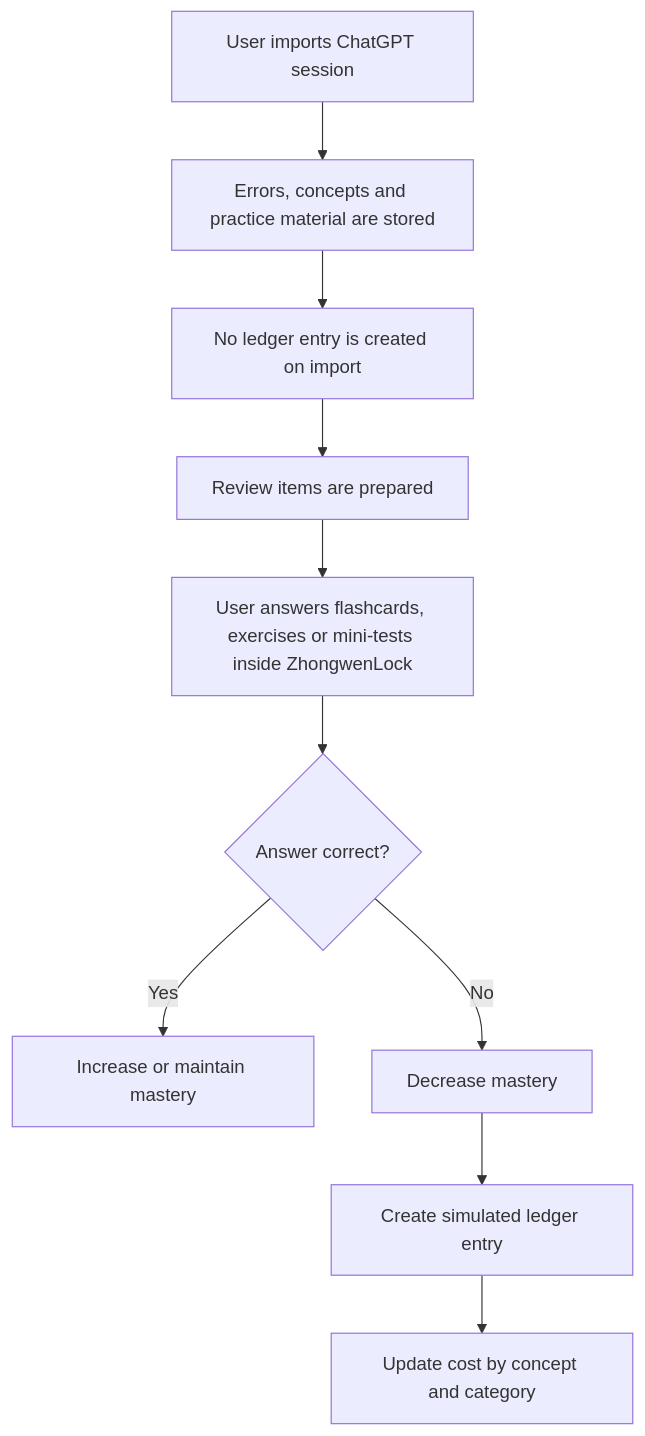
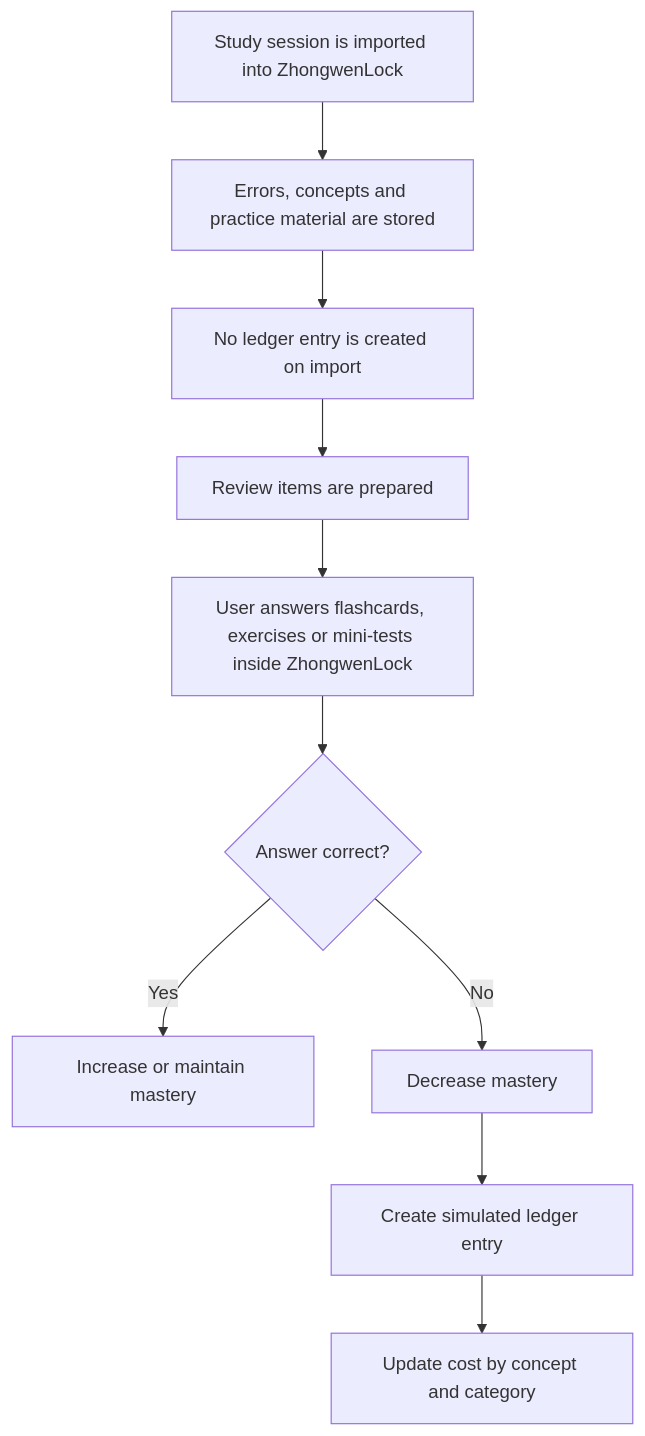
The eighth of 8 diagrams in docs/DIAGRAMS.md (JuanRoBe3/zhongwenlock), drawn with Mermaid before and after one commit. The commit also changed other lines of this file, not shown here.

Commit message:
docs(architecture): separate validation path from target mvp

````diff
--- a/docs/DIAGRAMS.md
+++ b/docs/DIAGRAMS.md
@@ -243,12 +313,12 @@
 ```mermaid
 flowchart TD
-    A[User imports ChatGPT session] --> B[Errors, concepts and practice material are stored]
+    A[Study session is imported into ZhongwenLock] --> B[Errors, concepts and practice material are stored]
     B --> C[No ledger entry is created on import]
     C --> D[Review items are prepared]
     D --> E[User answers flashcards, exercises or mini-tests inside ZhongwenLock]
     E --> F{Answer correct?}
     F -->|Yes| G[Increase or maintain mastery]
     F -->|No| H[Decrease mastery]
     H --> I[Create simulated ledger entry]
     I --> J[Update cost by concept and category]
 ```
````
